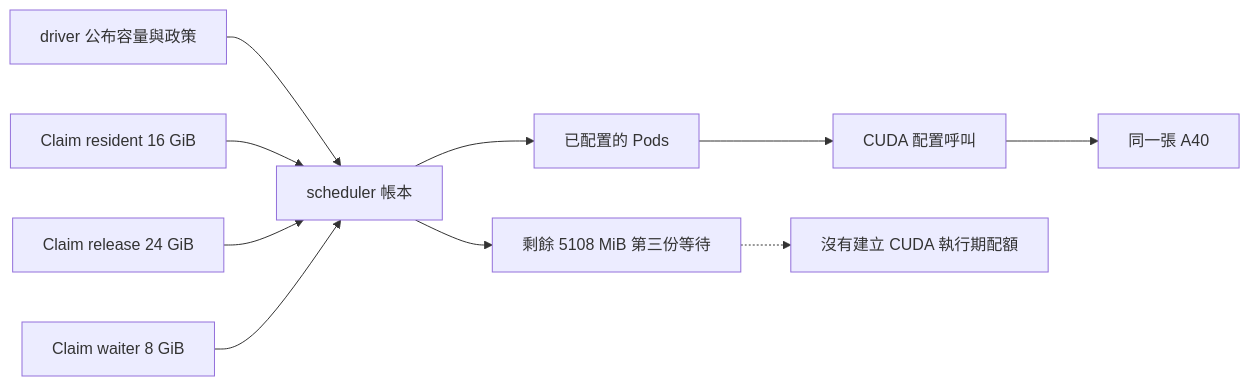
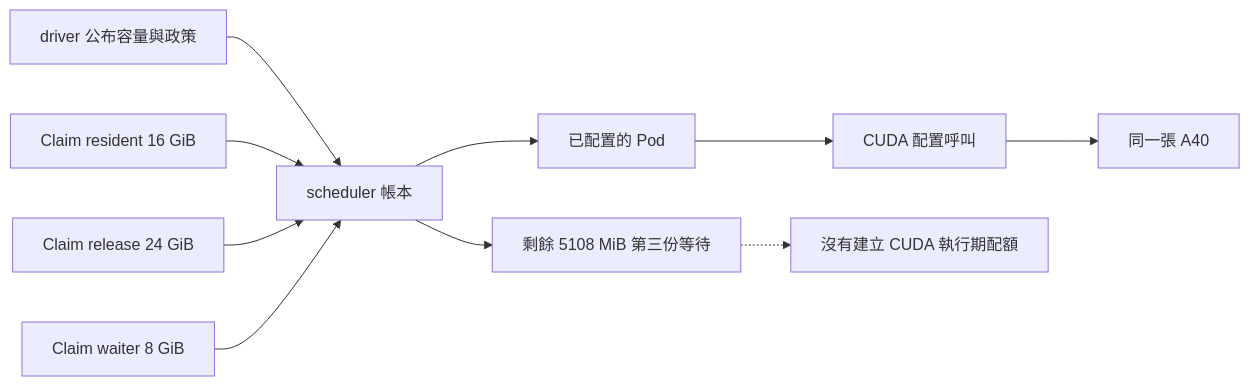
One commit to Daniel77871/dra-gpu-sharing-in-practice changed the diagram in book/04-isolation/consumable-shares.md. Above: the diagram before and after it, drawn with Mermaid. The commit also changed other lines of this file and 28 other files, not shown here.

````diff
--- a/book/04-isolation/consumable-shares.md
+++ b/book/04-isolation/consumable-shares.md
@@ -13,12 +13,12 @@
 ```mermaid
 flowchart LR
     D["driver 公布容量與政策"] --> S["scheduler 帳本"]
     A["Claim resident 16 GiB"] --> S
     B["Claim release 24 GiB"] --> S
     C["Claim waiter 8 GiB"] --> S
     S --> R["剩餘 5108 MiB 第三份等待"]
-    S --> P["已配置的 Pods"]
+    S --> P["已配置的 Pod"]
     P --> U["CUDA 配置呼叫"]
     U --> G["同一張 A40"]
     R -.-> N["沒有建立 CUDA 執行期配額"]
 ```
````
